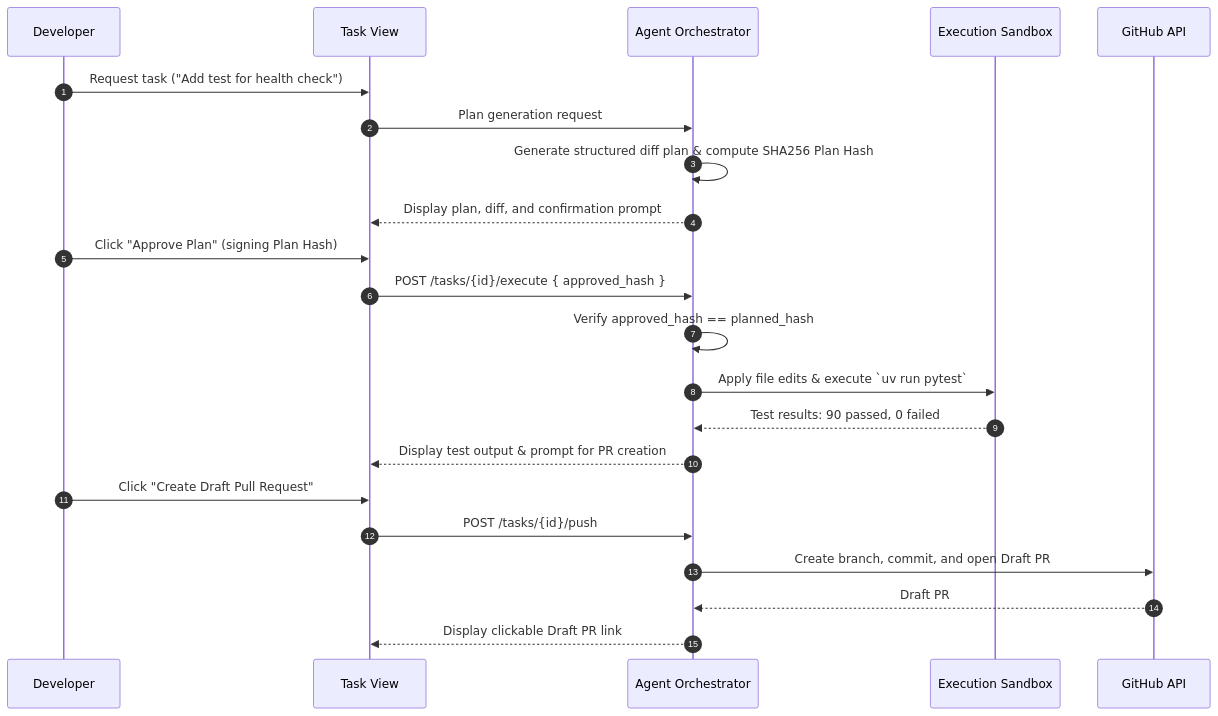
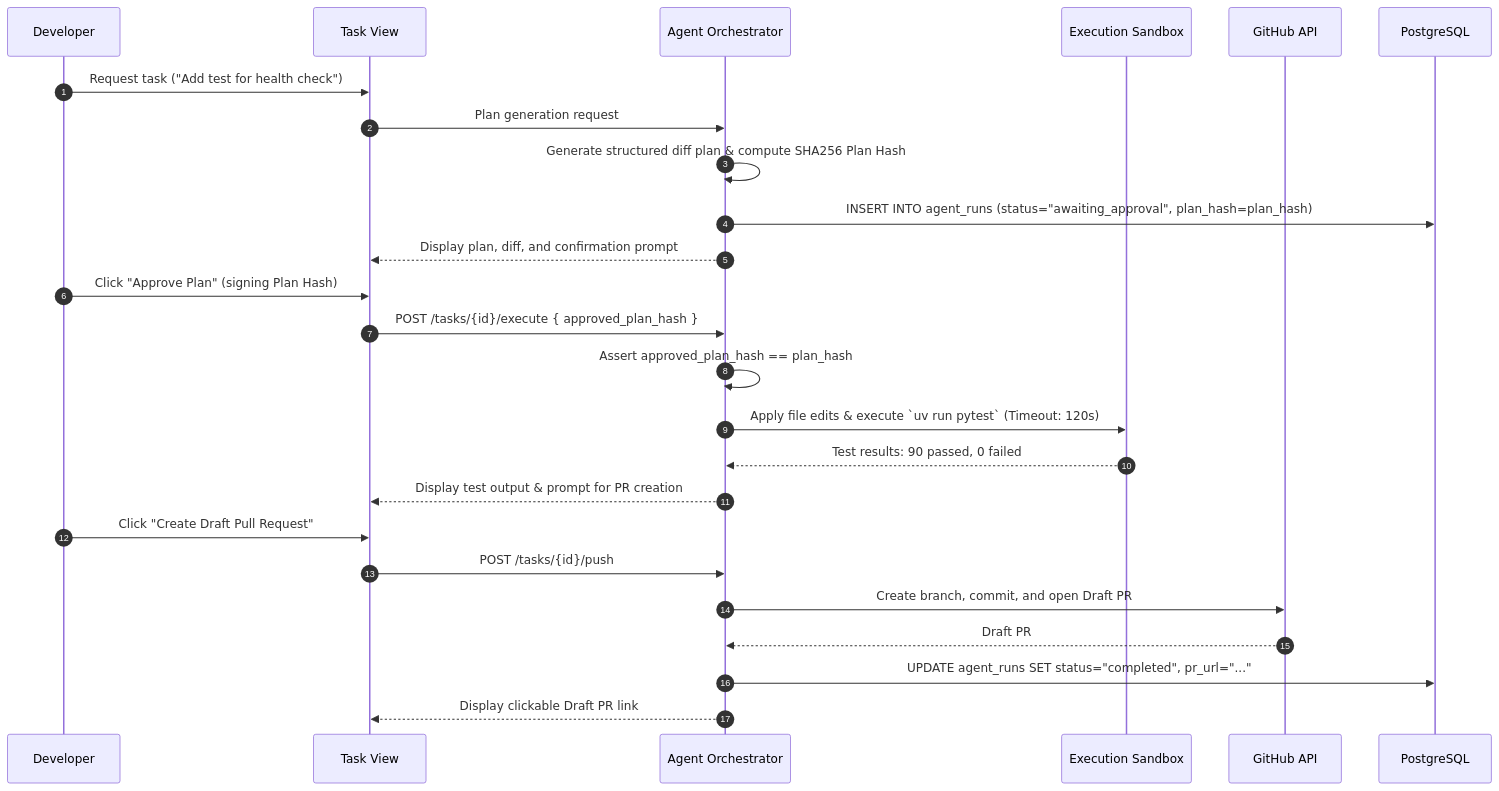
Before and after one commit to Raj-Patel7807/kontexa: the sixth of 6 diagrams in docs/FLOW.md, drawn with Mermaid. The commit also changed other lines of this file and 4 other files, not shown here.

Commit message:
docs: design target modular monolith architecture, ADRs, and system contracts for sprint 03

````diff
--- a/docs/FLOW.md
+++ b/docs/FLOW.md
@@ -106,25 +171,28 @@
 ```mermaid
 sequenceDiagram
     autonumber
     participant Dev as Developer
     participant UI as Task View
     participant Agent as Agent Orchestrator
     participant Sandbox as Execution Sandbox
     participant GitHub as GitHub API
+    participant DB as PostgreSQL
 
     Dev->>UI: Request task ("Add test for health check")
     UI->>Agent: Plan generation request
     Agent->>Agent: Generate structured diff plan & compute SHA256 Plan Hash
+    Agent->>DB: INSERT INTO agent_runs (status="awaiting_approval", plan_hash=plan_hash)
     Agent-->>UI: Display plan, diff, and confirmation prompt
     Dev->>UI: Click "Approve Plan" (signing Plan Hash)
-    UI->>Agent: POST /tasks/{id}/execute { approved_hash }
-    Agent->>Agent: Verify approved_hash == planned_hash
-    Agent->>Sandbox: Apply file edits & execute `uv run pytest`
+    UI->>Agent: POST /tasks/{id}/execute { approved_plan_hash }
+    Agent->>Agent: Assert approved_plan_hash == plan_hash
+    Agent->>Sandbox: Apply file edits & execute `uv run pytest` (Timeout: 120s)
     Sandbox-->>Agent: Test results: 90 passed, 0 failed
     Agent-->>UI: Display test output & prompt for PR creation
     Dev->>UI: Click "Create Draft Pull Request"
     UI->>Agent: POST /tasks/{id}/push
     Agent->>GitHub: Create branch, commit, and open Draft PR
     GitHub-->>Agent: Draft PR #42 Created
+    Agent->>DB: UPDATE agent_runs SET status="completed", pr_url="..."
     Agent-->>UI: Display clickable Draft PR link
 ```
````
